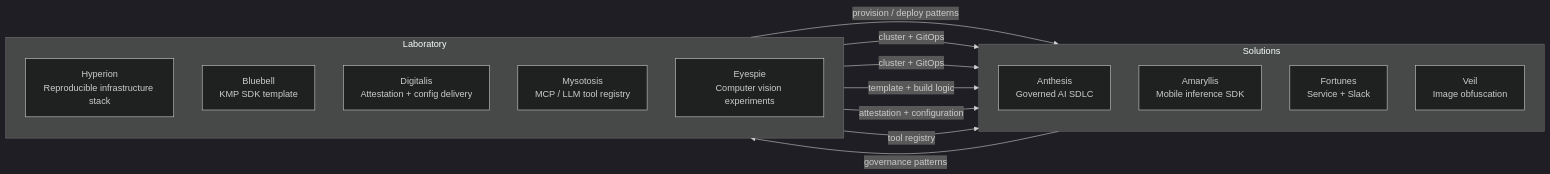
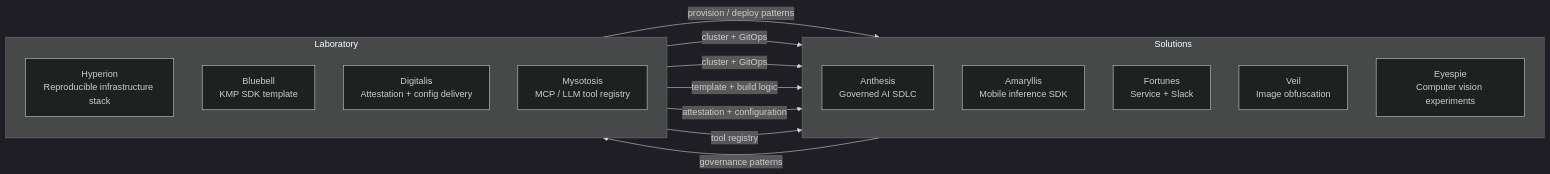
One commit to hackelia-micrantha/.github changed the second of 2 diagrams in README.md. Above: the diagram before and after it, drawn with Mermaid (dark theme). The commit also changed other lines of this file, not shown here.

First line of the commit message:
Remove system flow diagram and update lab references

````diff
--- a/README.md
+++ b/README.md
@@ -100,27 +87,27 @@
 ```mermaid
 flowchart LR
   subgraph Sol[Solutions]
     direction TB
     A["Anthesis<br/>Governed AI SDLC"]
     M["Amaryllis<br/>Mobile inference SDK"]
     F["Fortunes<br/>Service + Slack"]
     V["Veil<br/>Image obfuscation"]
+    E["Eyespie<br/>Computer vision experiments"]
   end
 
   subgraph Lab[Laboratory]
     direction TB
     H["Hyperion<br/>Reproducible infrastructure stack"]
     B["Bluebell<br/>KMP SDK template"]
     D["Digitalis<br/>Attestation + config delivery"]
     Y["Mysotosis<br/>MCP / LLM tool registry"]
-    E["Eyespie<br/>Computer vision experiments"]
   end
 
   H -->|provision / deploy patterns| A
   H -->|cluster + GitOps| F
   H -->|cluster + GitOps| V
-  B -->|template + build logic| M
-  D -->|attestation + configuration| M
+  B -->|template + build logic| E
+  D -->|attestation + configuration| E
   Y -->|tool registry| A
   A -->|governance patterns| H
 ```
````
